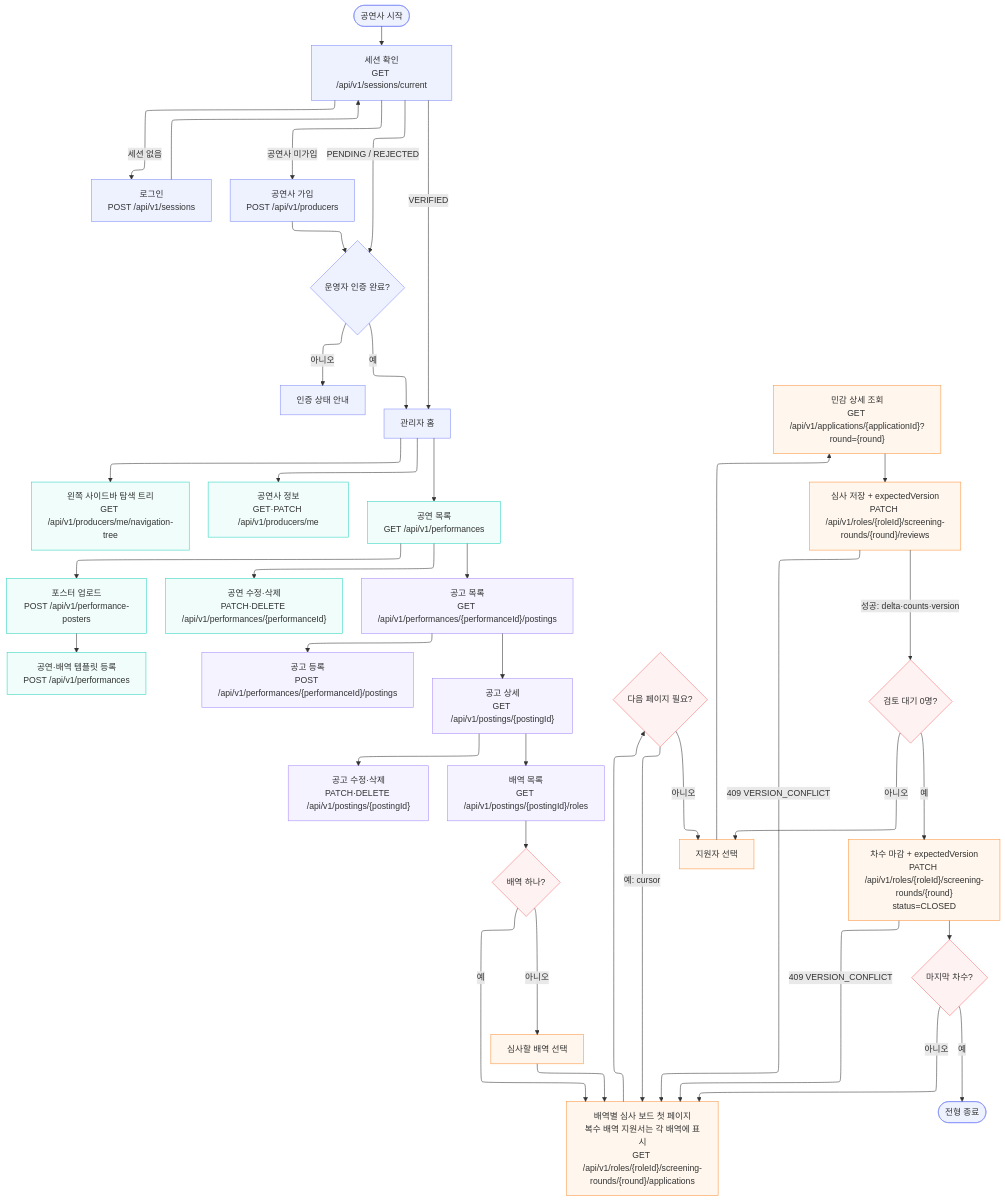
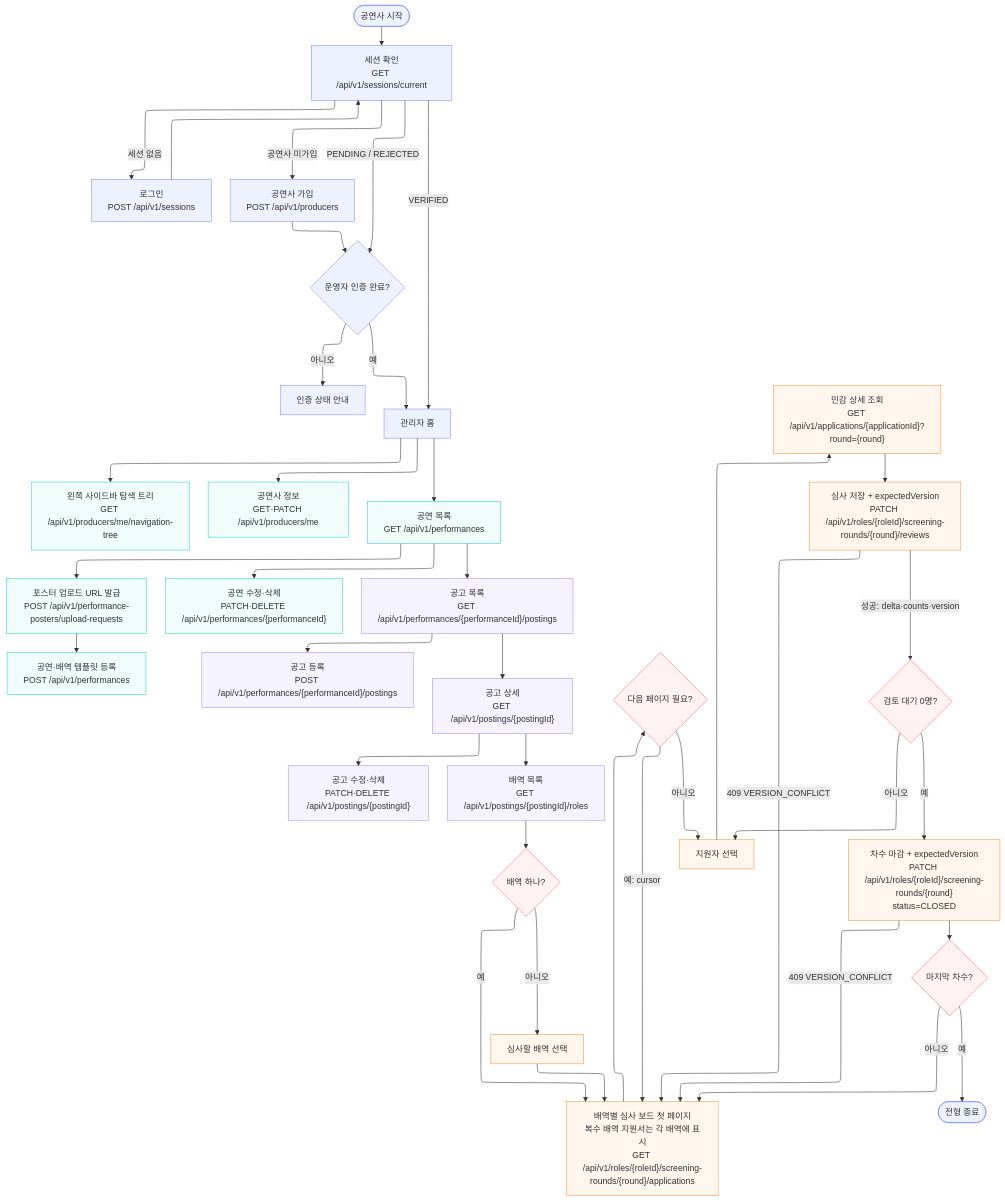
The diagram in docs/flowchart/producer.mmd (woowacourse-teams/2026-yesulin), drawn with Mermaid before and after one commit. The commit also changed 51 other files, not shown here.

```diff
--- a/docs/flowchart/producer.mmd
+++ b/docs/flowchart/producer.mmd
@@ -1,71 +1,71 @@
 ---
 config:
   layout: elk
 ---
 flowchart TB
     START(["공연사 시작"]) --> SESSION["세션 확인<br>GET /api/v1/sessions/current"]
     SESSION -- 세션 없음 --> LOGIN["로그인<br>POST /api/v1/sessions"]
     LOGIN --> SESSION
     SESSION -- 공연사 미가입 --> SIGNUP["공연사 가입<br>POST /api/v1/producers"]
     SIGNUP --> VERIFY{"운영자 인증 완료?"}
     SESSION -- PENDING / REJECTED --> VERIFY
     VERIFY -- 아니오 --> WAIT["인증 상태 안내"]
     VERIFY -- 예 --> HOME["관리자 홈"]
     SESSION -- VERIFIED --> HOME
     HOME --> NAV["왼쪽 사이드바 탐색 트리<br>GET /api/v1/producers/me/navigation-tree"] & PROFILE["공연사 정보<br>GET·PATCH /api/v1/producers/me"] & PERF["공연 목록<br>GET /api/v1/performances"]
-    PERF --> NEW_PERF["포스터 업로드<br>POST /api/v1/performance-posters"] & EDIT_PERF["공연 수정·삭제<br>PATCH·DELETE /api/v1/performances/{performanceId}"] & POSTINGS["공고 목록<br>GET /api/v1/performances/{performanceId}/postings"]
+    PERF --> NEW_PERF["포스터 업로드 URL 발급<br>POST /api/v1/performance-posters/upload-requests"] & EDIT_PERF["공연 수정·삭제<br>PATCH·DELETE /api/v1/performances/{performanceId}"] & POSTINGS["공고 목록<br>GET /api/v1/performances/{performanceId}/postings"]
     NEW_PERF --> CREATE_PERF["공연·배역 템플릿 등록<br>POST /api/v1/performances"]
     POSTINGS --> CREATE_POSTING["공고 등록<br>POST /api/v1/performances/{performanceId}/postings"] & POSTING_DETAIL["공고 상세<br>GET /api/v1/postings/{postingId}"]
     POSTING_DETAIL --> EDIT_POSTING["공고 수정·삭제<br>PATCH·DELETE /api/v1/postings/{postingId}"] & ROLES["배역 목록<br>GET /api/v1/postings/{postingId}/roles"]
     ROLES --> SOLE{"배역 하나?"}
     SOLE -- 예 --> BOARD["배역별 심사 보드 첫 페이지<br>복수 배역 지원서는 각 배역에 표시<br>GET /api/v1/roles/{roleId}/screening-rounds/{round}/applications"]
     SOLE -- 아니오 --> CHOOSE_ROLE["심사할 배역 선택"]
     CHOOSE_ROLE --> BOARD
     BOARD --> MORE{"다음 페이지 필요?"}
     MORE -- 예: cursor --> BOARD
     MORE -- 아니오 --> SELECT["지원자 선택"]
     SELECT --> APP_DETAIL["민감 상세 조회<br>GET /api/v1/applications/{applicationId}?round={round}"]
     APP_DETAIL --> REVIEW["심사 저장 + expectedVersion<br>PATCH /api/v1/roles/{roleId}/screening-rounds/{round}/reviews"]
     REVIEW -- 409 VERSION_CONFLICT --> BOARD
     REVIEW -- 성공: delta·counts·version --> DONE{"검토 대기 0명?"}
     DONE -- 아니오 --> SELECT
     DONE -- 예 --> CLOSE["차수 마감 + expectedVersion<br>PATCH /api/v1/roles/{roleId}/screening-rounds/{round}<br>status=CLOSED"]
     CLOSE -- 409 VERSION_CONFLICT --> BOARD
     CLOSE --> LAST{"마지막 차수?"}
     LAST -- 아니오 --> BOARD
     LAST -- 예 --> FINISH(["전형 종료"])
 
     START:::authNode
     SESSION:::authNode
     LOGIN:::authNode
     SIGNUP:::authNode
     VERIFY:::authNode
     WAIT:::authNode
     HOME:::authNode
     NAV:::perfNode
     PROFILE:::perfNode
     PERF:::perfNode
     NEW_PERF:::perfNode
     EDIT_PERF:::perfNode
     POSTINGS:::postingNode
     CREATE_PERF:::perfNode
     CREATE_POSTING:::postingNode
     POSTING_DETAIL:::postingNode
     EDIT_POSTING:::postingNode
     ROLES:::postingNode
     SOLE:::decisionNode
     BOARD:::screeningNode
     CHOOSE_ROLE:::screeningNode
     MORE:::decisionNode
     SELECT:::screeningNode
     APP_DETAIL:::screeningNode
     REVIEW:::screeningNode
     DONE:::decisionNode
     CLOSE:::screeningNode
     LAST:::decisionNode
     FINISH:::authNode
     classDef authNode stroke:#818cf8,fill:#eef2ff
     classDef perfNode stroke:#2dd4bf,fill:#f0fdfa
     classDef postingNode stroke:#a78bfa,fill:#f5f3ff
     classDef screeningNode stroke:#fb923c,fill:#fff7ed
     classDef decisionNode stroke:#f87171,fill:#fef2f2
```
